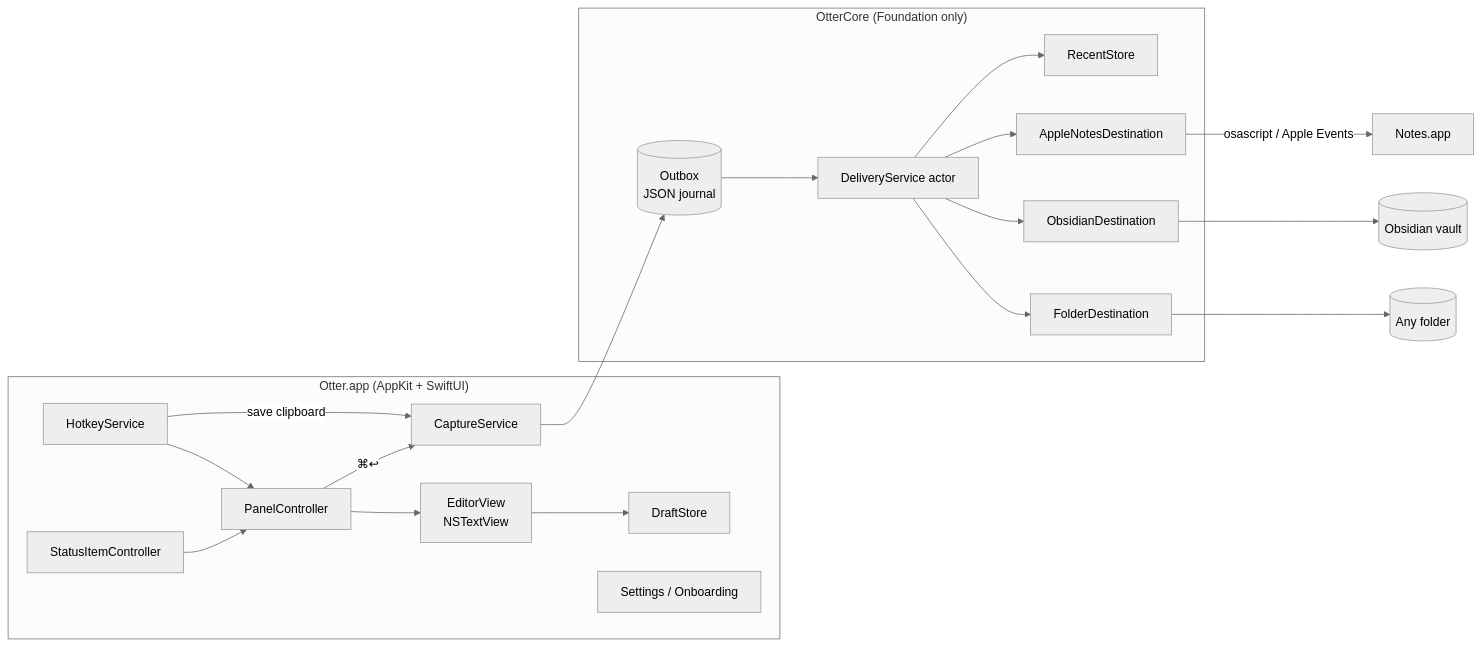
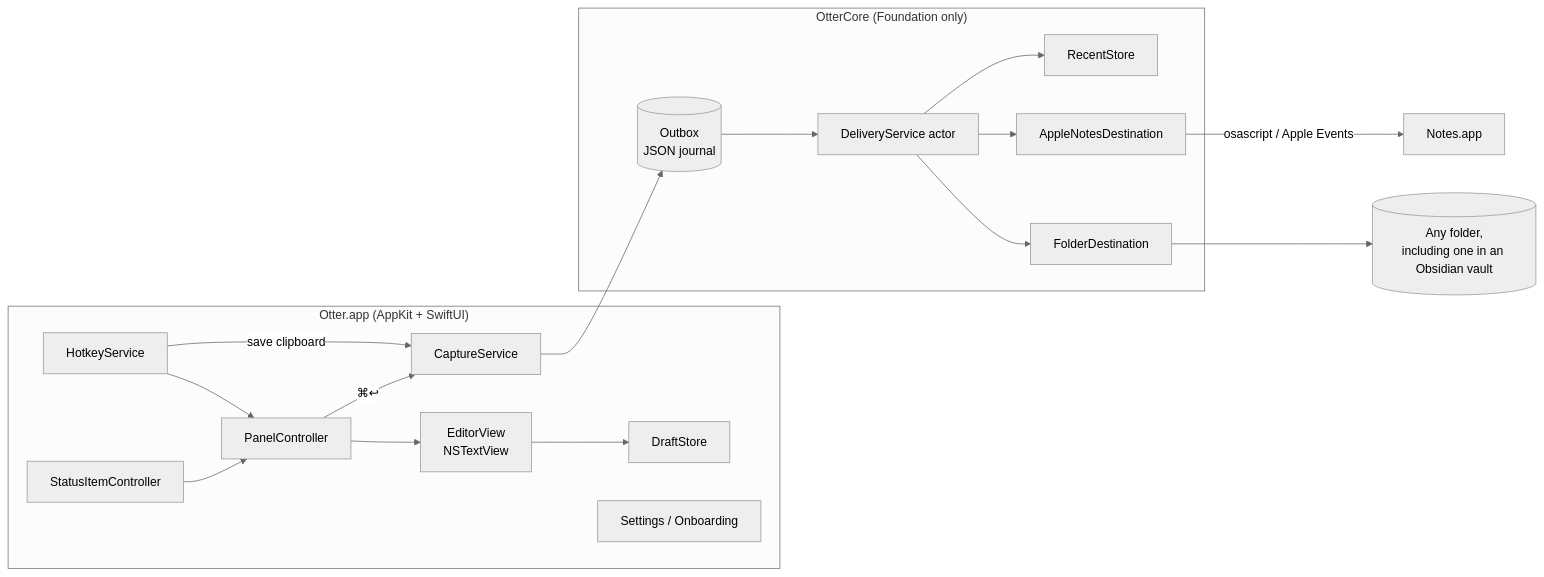
One commit to elizabeth-ling/otter changed the first of 2 diagrams in context/docs/ARCHITECTURE.md. Above: the diagram before and after it, drawn with Mermaid (neutral theme). The commit also changed other lines of this file and 2 other files, not shown here.

````diff
--- a/context/docs/ARCHITECTURE.md
+++ b/context/docs/ARCHITECTURE.md
@@ -10,23 +10,21 @@
 ```mermaid
 flowchart LR
   subgraph App["Otter.app (AppKit + SwiftUI)"]
     HK[HotkeyService] --> PC[PanelController]
     PC --> ED[EditorView<br/>NSTextView]
     ED --> DS[DraftStore]
     PC -->|"⌘↩"| CS[CaptureService]
     HK -->|save clipboard| CS
     MB[StatusItemController] --> PC
     ST[Settings / Onboarding]
   end
   subgraph Core["OtterCore (Foundation only)"]
     CS --> OB[(Outbox<br/>JSON journal)]
     OB --> DV[DeliveryService actor]
     DV --> FD[FolderDestination]
-    DV --> OD[ObsidianDestination]
     DV --> AN[AppleNotesDestination]
     DV --> RC[RecentStore]
   end
-  FD --> FS[(Any folder)]
-  OD --> V[(Obsidian vault)]
+  FD --> FS[(Any folder,<br/>including one in an Obsidian vault)]
   AN -->|osascript / Apple Events| N[Notes.app]
 ```
````
